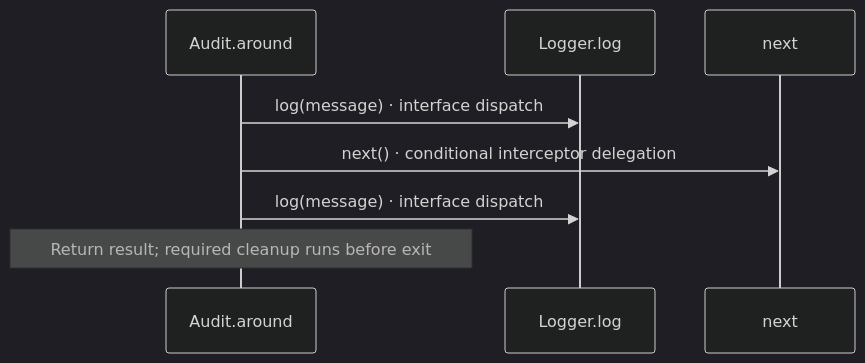
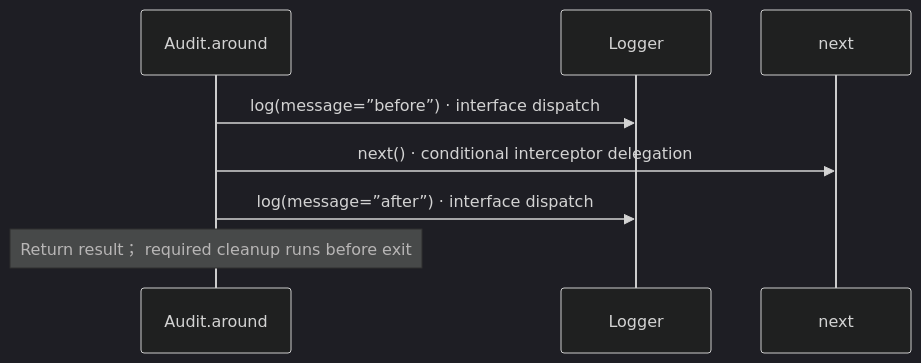
Before and after one commit to GreenPandaStudios/augscript: the third of 5 diagrams in docs/examples/interceptors/interceptors-diagrams.md, drawn with Mermaid (dark theme). The commit also changed other lines of this file and 524 other files, not shown here.

Commit message:
Explain checked data flow at folder and service levels

````diff
--- a/docs/examples/interceptors/interceptors-diagrams.md
+++ b/docs/examples/interceptors/interceptors-diagrams.md
@@ -68,10 +63,10 @@
 ```mermaid
 sequenceDiagram
     participant p0 as Audit.around
-    participant p1 as Logger.log
+    participant p1 as Logger
     participant p2 as next
-    p0->>p1: log(message) · interface dispatch
+    p0->>p1: log(message=”before”) · interface dispatch
     p0->>p2: next() · conditional interceptor delegation
-    p0->>p1: log(message) · interface dispatch
-    Note over p0: Return result#59; required cleanup runs before exit
+    p0->>p1: log(message=”after”) · interface dispatch
+    Note over p0: Return result； required cleanup runs before exit
 ```
````
